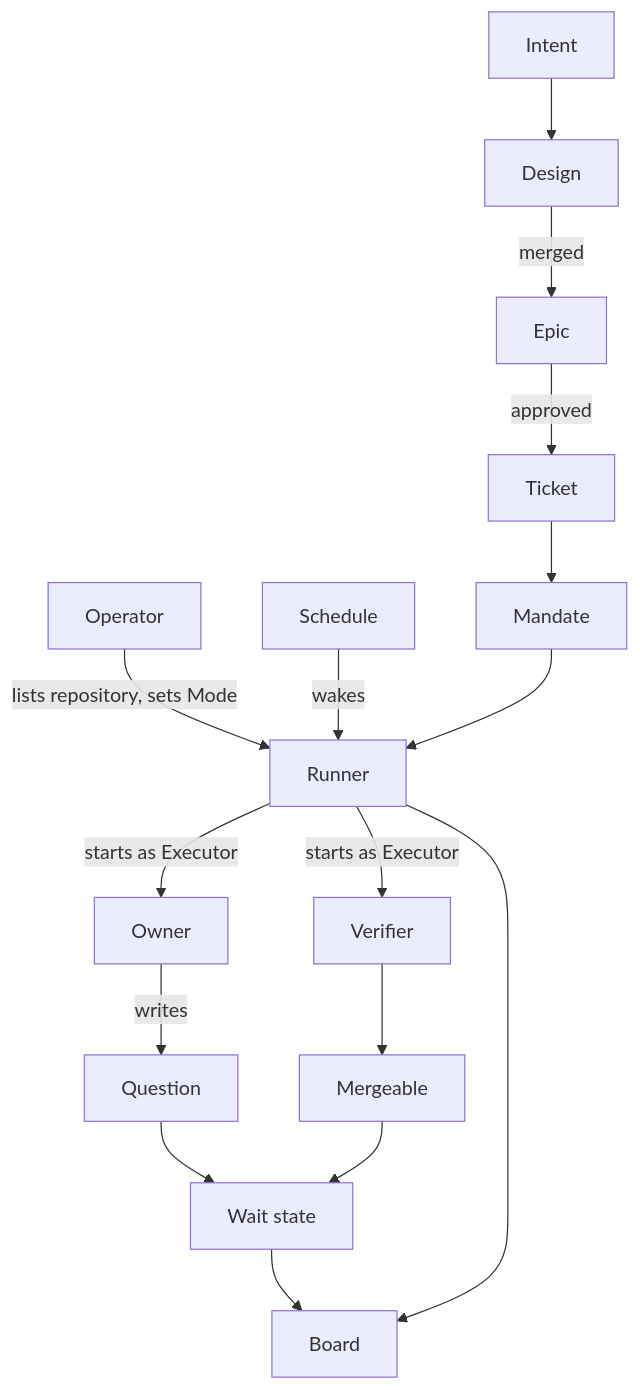
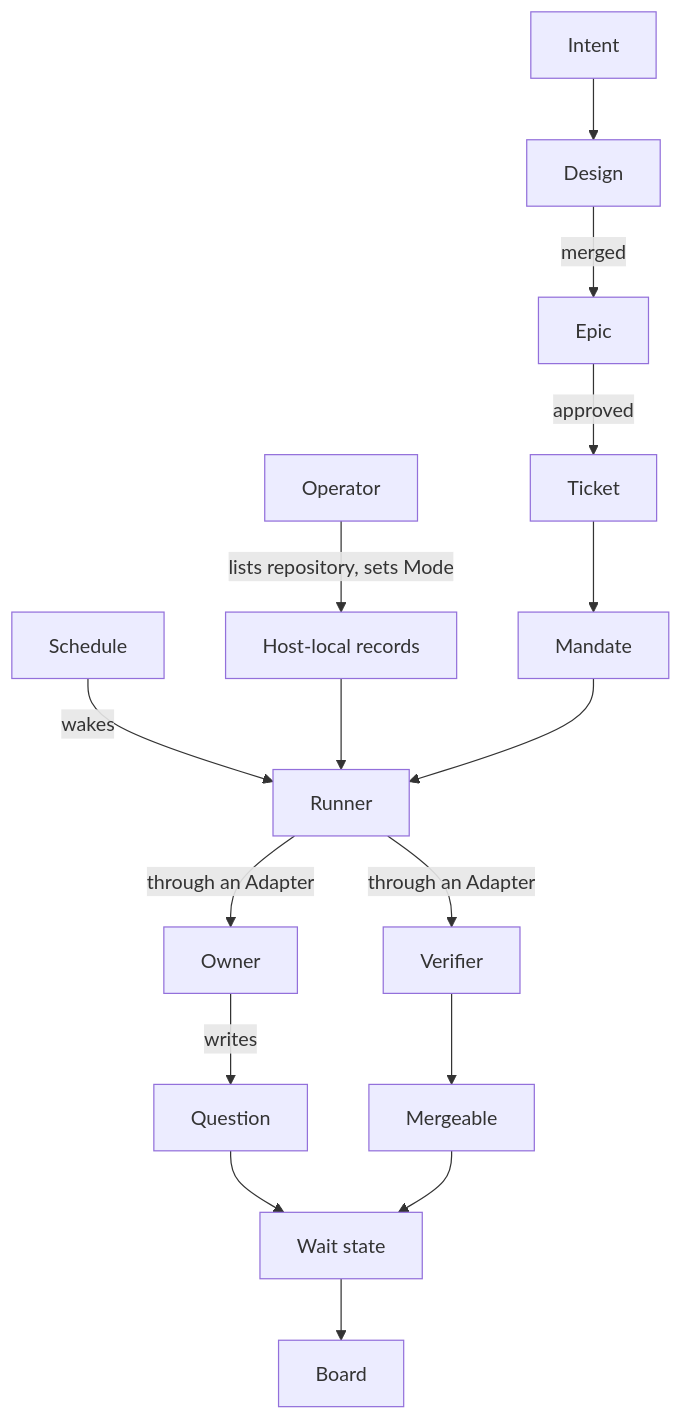
The second of 6 diagrams in docs/design/development-pipeline.md (maro114510/skills), drawn with Mermaid before and after one commit. The commit also changed other lines of this file and 3 other files, not shown here.

````diff
--- a/docs/design/development-pipeline.md
+++ b/docs/design/development-pipeline.md
@@ -35,18 +34,18 @@
 ```mermaid
 flowchart TB
   Intent --> Design
   Design -->|merged| Epic
   Epic -->|approved| Ticket
   Ticket --> Mandate
-  Operator -->|lists repository, sets Mode| Runner
+  Operator -->|lists repository, sets Mode| Records[Host-local records]
   Schedule -->|wakes| Runner
+  Records --> Runner
   Mandate --> Runner
-  Runner -->|starts as Executor| Owner
-  Runner -->|starts as Executor| Verifier
+  Runner -->|through an Adapter| Owner
+  Runner -->|through an Adapter| Verifier
   Owner -->|writes| Question
   Question --> WaitState[Wait state]
   Verifier --> Mergeable
   Mergeable --> WaitState
   WaitState --> Board
-  Runner --> Board
 ```
````
